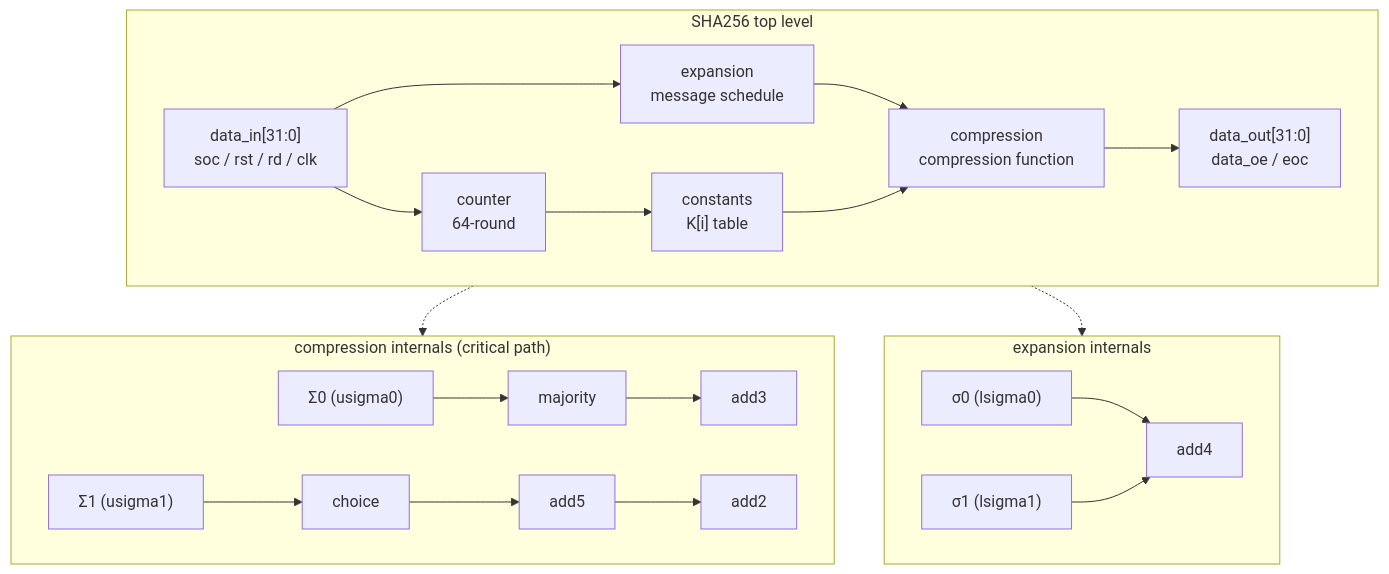
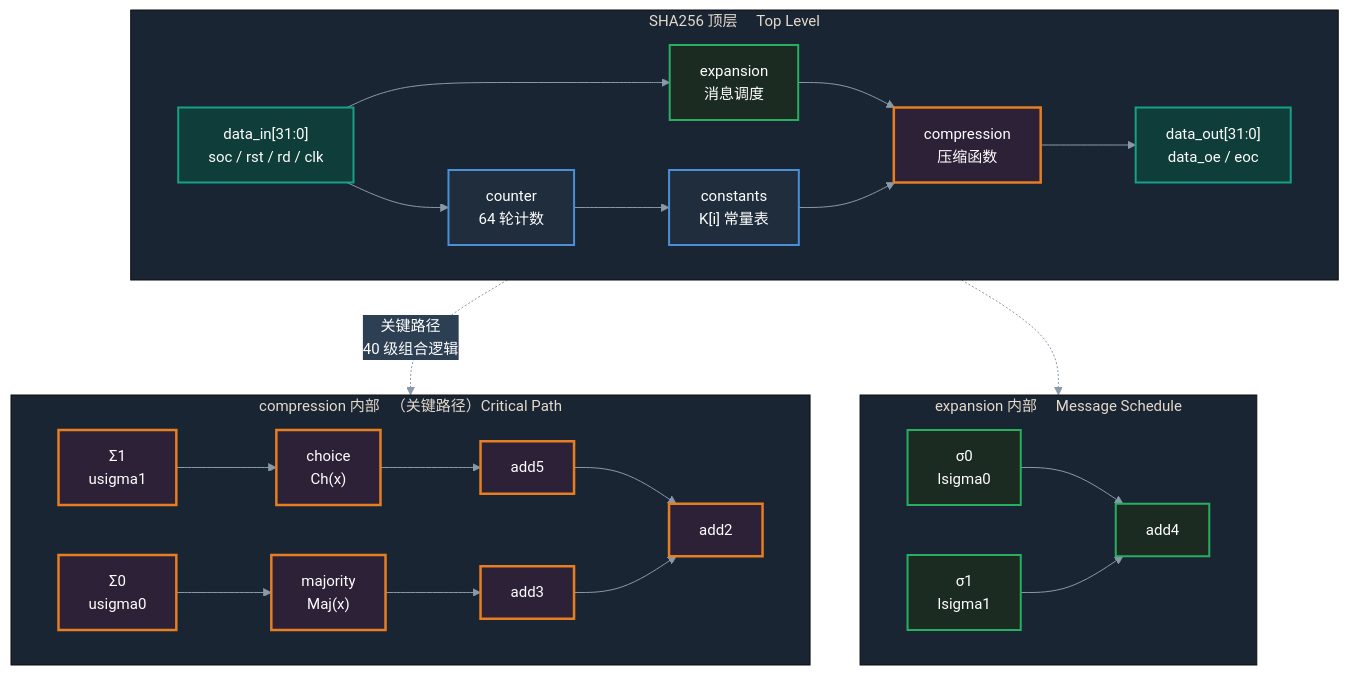
Before and after one commit to CDragon123-code/SHA-256: the second of 2 diagrams in README.md, drawn with Mermaid. The commit also changed other lines of this file and 1 other file, not shown here.

Commit message:
Add Chinese README; restyle Mermaid diagrams with pro theme and larger spacing

````diff
--- a/README.md
+++ b/README.md
@@ -104,30 +113,37 @@
 ```mermaid
+%%{init: {"theme": "base", "themeVariables": {"fontSize": "15px", "primaryColor": "#1f2d3d", "primaryTextColor": "#ffffff", "primaryBorderColor": "#4a90d9", "lineColor": "#8899aa", "secondaryColor": "#2d3f53", "tertiaryColor": "#1a2533"}, "flowchart": {"nodeSpacing": 50, "rankSpacing": 70, "curve": "basis", "htmlLabels": true, "padding": 15}}}%%
 flowchart TB
-    subgraph TOP["SHA256 top level"]
+    classDef top fill:#1f2d3d,stroke:#4a90d9,stroke-width:2px,color:#fff
+    classDef cmp fill:#2d2138,stroke:#e67e22,stroke-width:2.5px,color:#fff
+    classDef exp fill:#1c2b22,stroke:#27ae60,stroke-width:2px,color:#fff
+    classDef io fill:#0f3d3a,stroke:#16a085,stroke-width:2px,color:#fff
+
+    subgraph TOP["　SHA256 顶层 　Top Level"]
         direction LR
-        IN["data_in[31:0]<br/>soc / rst / rd / clk"] --> EXP["expansion<br/>message schedule"]
-        IN --> CNT["counter<br/>64-round"]
-        CNT --> CST["constants<br/>K[i] table"]
-        EXP --> CMP["compression<br/>compression function"]
+        IN["data_in[31:0]<br/>soc / rst / rd / clk"]:::io --> EXP["expansion<br/>消息调度"]:::exp
+        IN --> CNT["counter<br/>64 轮计数"]:::top
+        CNT --> CST["constants<br/>K[i] 常量表"]:::top
+        EXP --> CMP["compression<br/>压缩函数"]:::cmp
         CST --> CMP
-        CMP --> OUT["data_out[31:0]<br/>data_oe / eoc"]
+        CMP --> OUT["data_out[31:0]<br/>data_oe / eoc"]:::io
     end
 
-    subgraph CMPD["compression internals (critical path)"]
+    subgraph CMPD["　compression 内部 　（关键路径）Critical Path"]
         direction LR
-        US1["Σ1 (usigma1)"] --> CH["choice"]
-        US0["Σ0 (usigma0)"] --> MAJ["majority"]
-        CH --> ADD5["add5"]
-        MAJ --> ADD3["add3"]
-        ADD5 --> ADD2["add2"]
+        US1["Σ1<br/>usigma1"]:::cmp --> CH["choice<br/>Ch(x)"]:::cmp
+        US0["Σ0<br/>usigma0"]:::cmp --> MAJ["majority<br/>Maj(x)"]:::cmp
+        CH --> ADD5["add5"]:::cmp
+        MAJ --> ADD3["add3"]:::cmp
+        ADD5 --> ADD2["add2"]:::cmp
+        ADD3 --> ADD2
     end
 
-    subgraph EXPD["expansion internals"]
+    subgraph EXPD["　expansion 内部 　Message Schedule"]
         direction LR
-        S0["σ0 (lsigma0)"] --> ADD4["add4"]
-        S1["σ1 (lsigma1)"] --> ADD4
+        S0["σ0<br/>lsigma0"]:::exp --> ADD4["add4"]:::exp
+        S1["σ1<br/>lsigma1"]:::exp --> ADD4
     end
 
-    CMP -.-> CMPD
+    CMP -.->|关键路径<br/>40 级组合逻辑| CMPD
     EXP -.-> EXPD
 ```
````
